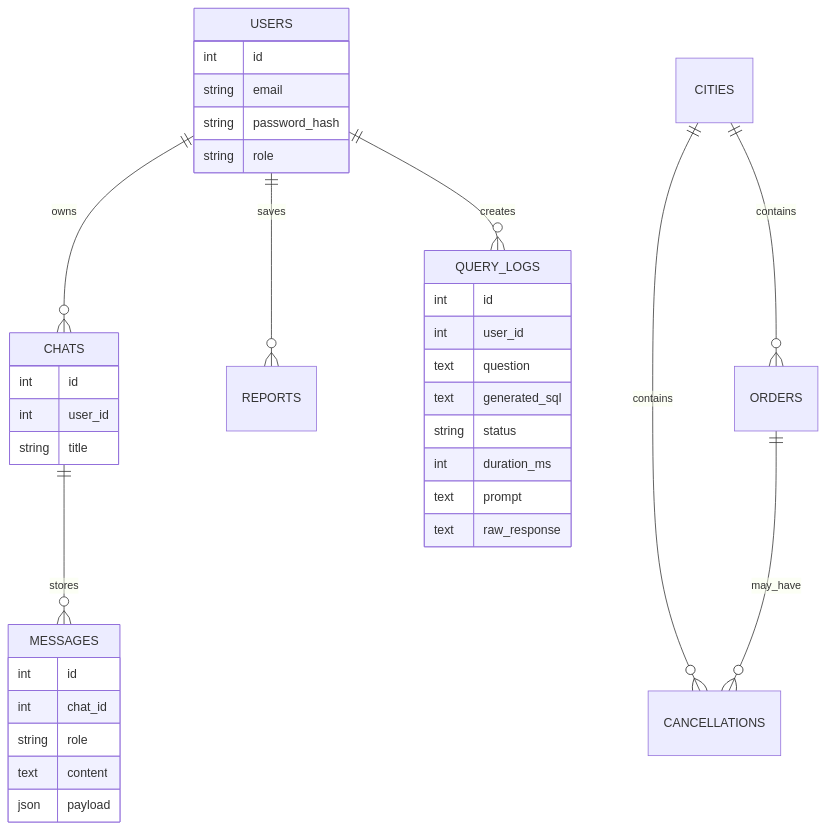
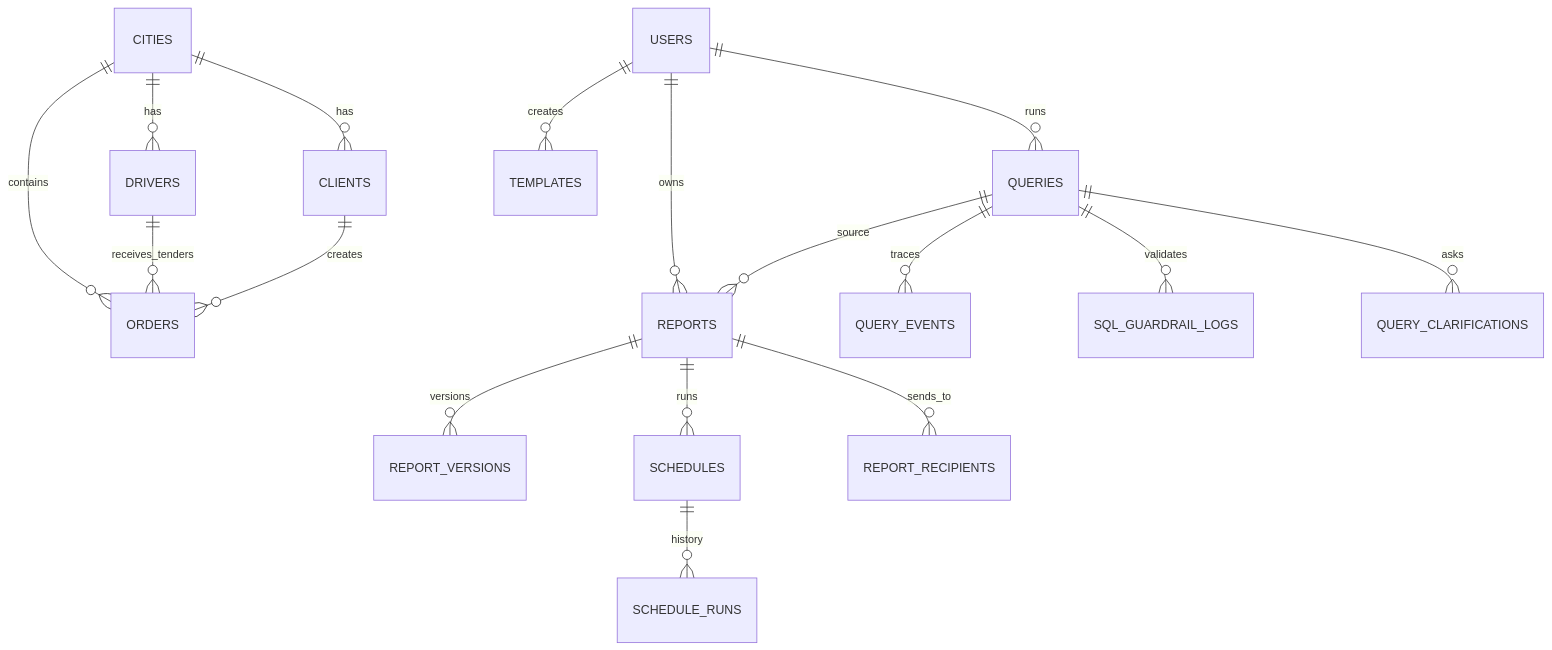
Before and after one commit to agarogo/drivee_Tolmach: the fourth of 5 diagrams in docs/architecture.md, drawn with Mermaid. The commit also changed other lines of this file and 68 other files, not shown here.

````diff
--- a/docs/architecture.md
+++ b/docs/architecture.md
@@ -32,42 +74,20 @@
 ```mermaid
 erDiagram
-    USERS ||--o{ CHATS : owns
-    CHATS ||--o{ MESSAGES : stores
-    USERS ||--o{ REPORTS : saves
-    USERS ||--o{ QUERY_LOGS : creates
+    CITIES ||--o{ DRIVERS : has
+    CITIES ||--o{ CLIENTS : has
     CITIES ||--o{ ORDERS : contains
-    CITIES ||--o{ CANCELLATIONS : contains
-    ORDERS ||--o{ CANCELLATIONS : may_have
+    DRIVERS ||--o{ ORDERS : receives_tenders
+    CLIENTS ||--o{ ORDERS : creates
 
-    USERS {
-      int id
-      string email
-      string password_hash
-      string role
-    }
-
-    CHATS {
-      int id
-      int user_id
-      string title
-    }
-
-    MESSAGES {
-      int id
-      int chat_id
-      string role
-      text content
-      json payload
-    }
-
-    QUERY_LOGS {
-      int id
-      int user_id
-      text question
-      text generated_sql
-      string status
-      int duration_ms
-      text prompt
-      text raw_response
-    }
+    USERS ||--o{ QUERIES : runs
+    USERS ||--o{ REPORTS : owns
+    USERS ||--o{ TEMPLATES : creates
+    QUERIES ||--o{ QUERY_EVENTS : traces
+    QUERIES ||--o{ SQL_GUARDRAIL_LOGS : validates
+    QUERIES ||--o{ QUERY_CLARIFICATIONS : asks
+    QUERIES ||--o{ REPORTS : source
+    REPORTS ||--o{ REPORT_VERSIONS : versions
+    REPORTS ||--o{ SCHEDULES : runs
+    REPORTS ||--o{ REPORT_RECIPIENTS : sends_to
+    SCHEDULES ||--o{ SCHEDULE_RUNS : history
 ```
````
